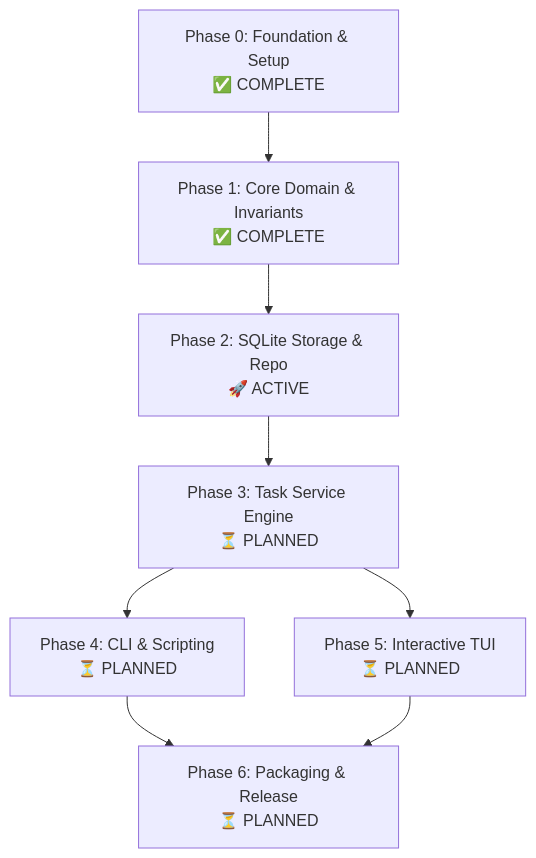
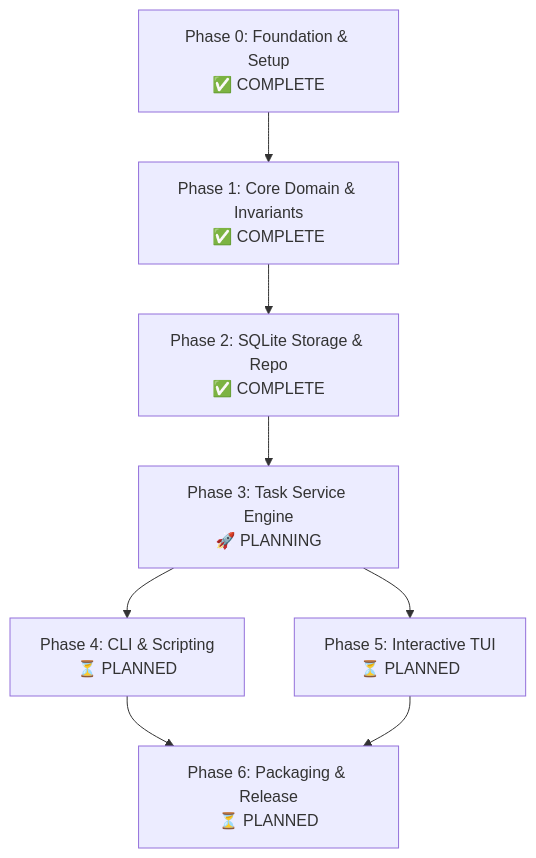
The diagram in MASTERPLAN.md (newbpydev/tusk), drawn with Mermaid before and after one commit. The commit also changed other lines of this file and 20 other files, not shown here.

First line of the commit message:
feat(storage): prove disk recovery and complete repository handoff (U5)

````diff
--- a/MASTERPLAN.md
+++ b/MASTERPLAN.md
@@ -25,10 +25,10 @@
 ```mermaid
 graph TD
     P0[Phase 0: Foundation & Setup<br/>✅ COMPLETE] --> P1[Phase 1: Core Domain & Invariants<br/>✅ COMPLETE]
-    P1 --> P2[Phase 2: SQLite Storage & Repo<br/>🚀 ACTIVE]
-    P2 --> P3[Phase 3: Task Service Engine<br/>⏳ PLANNED]
+    P1 --> P2[Phase 2: SQLite Storage & Repo<br/>✅ COMPLETE]
+    P2 --> P3[Phase 3: Task Service Engine<br/>🚀 PLANNING]
     P3 --> P4[Phase 4: CLI & Scripting<br/>⏳ PLANNED]
     P3 --> P5[Phase 5: Interactive TUI<br/>⏳ PLANNED]
     P4 --> P6[Phase 6: Packaging & Release<br/>⏳ PLANNED]
     P5 --> P6
 ```
````
